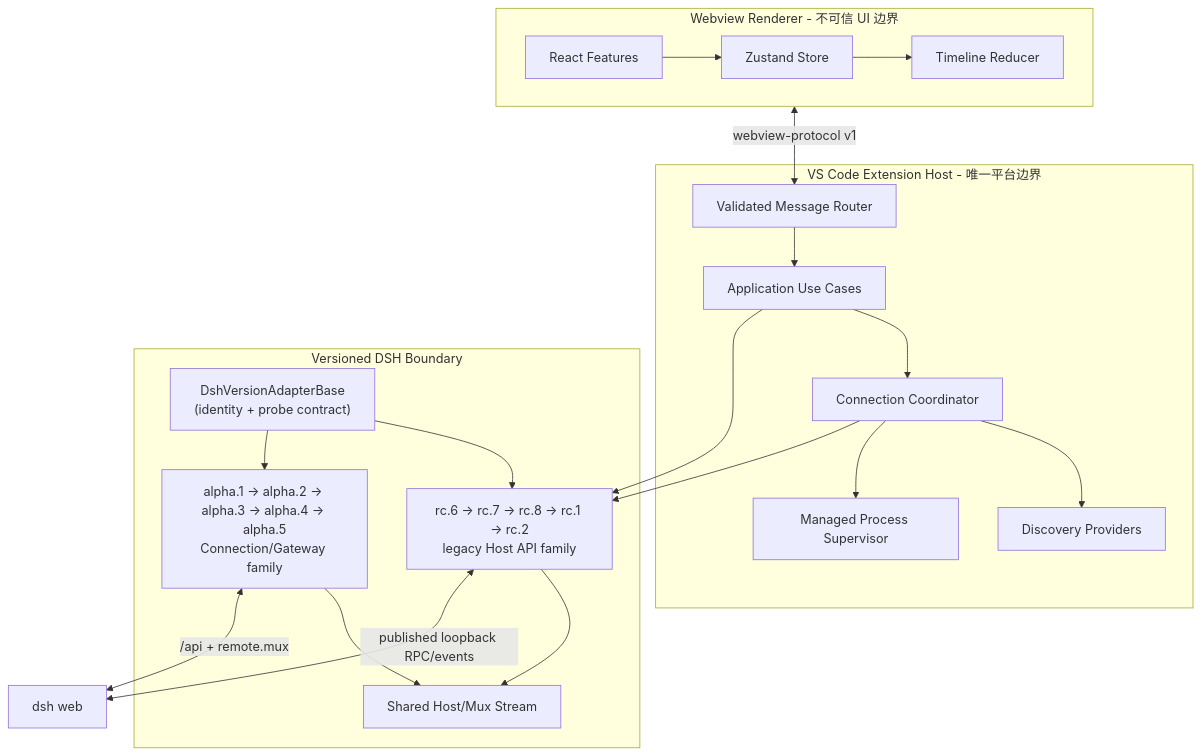
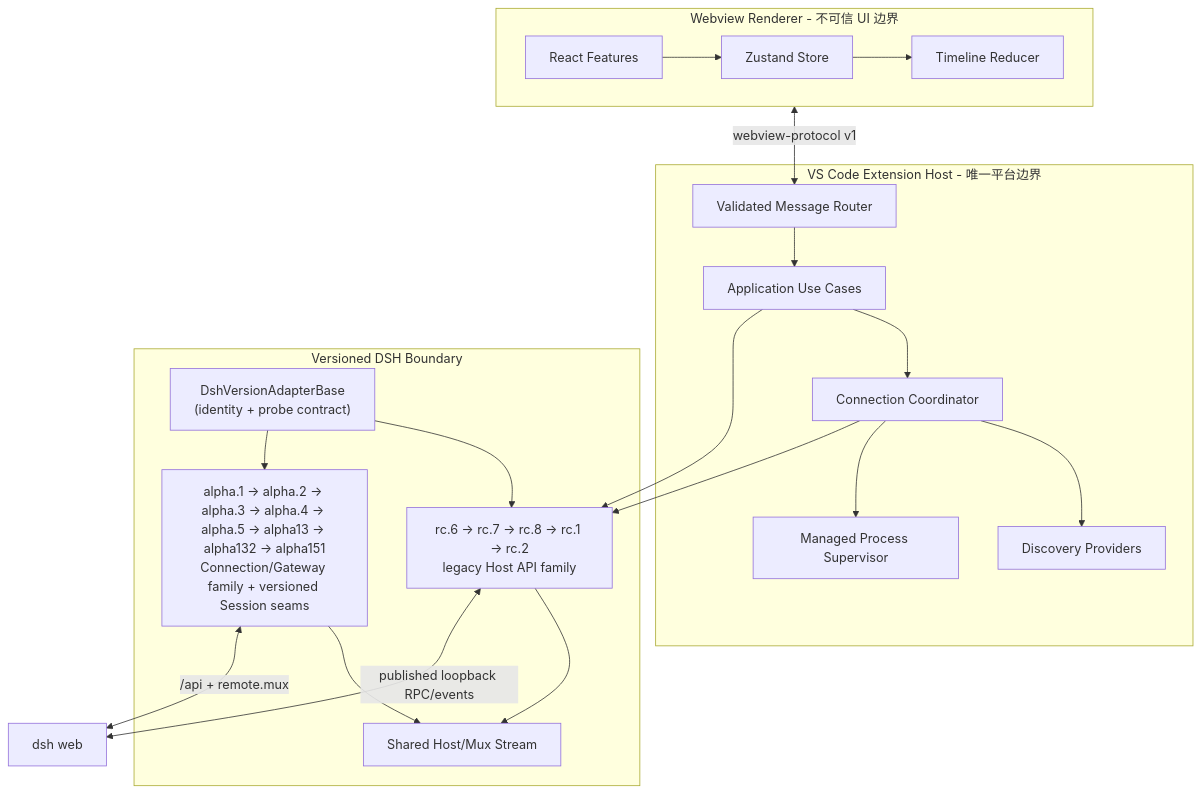
The first of 2 diagrams in docs/architecture.md (Jabofish/deepseek-harness-vscode), drawn with Mermaid before and after one commit. The commit also changed other lines of this file and 37 other files, not shown here.

````diff
--- a/docs/architecture.md
+++ b/docs/architecture.md
@@ -5,38 +5,38 @@
 ```mermaid
 flowchart TB
   subgraph Renderer["Webview Renderer - 不可信 UI 边界"]
     REACT["React Features"]
     STORE["Zustand Store"]
     TL["Timeline Reducer"]
     REACT --> STORE --> TL
   end
 
   subgraph Host["VS Code Extension Host - 唯一平台边界"]
     ROUTER["Validated Message Router"]
     UC["Application Use Cases"]
     CC["Connection Coordinator"]
     DISC["Discovery Providers"]
     SUP["Managed Process Supervisor"]
     ROUTER --> UC
     UC --> CC
     CC --> DISC
     CC --> SUP
   end
 
   subgraph Adapter["Versioned DSH Boundary"]
     BASE["DshVersionAdapterBase\n(identity + probe contract)"]
     RC6["rc.6 → rc.7 → rc.8 → rc.1 → rc.2\nlegacy Host API family"]
-    ALPHA["alpha.1 → alpha.2 → alpha.3 → alpha.4 → alpha.5\nConnection/Gateway family"]
+    ALPHA["alpha.1 → alpha.2 → alpha.3 → alpha.4 → alpha.5 → alpha13 → alpha132 → alpha151\nConnection/Gateway family + versioned Session seams"]
     STREAM["Shared Host/Mux Stream"]
     BASE --> RC6
     BASE --> ALPHA
     RC6 --> STREAM
     ALPHA --> STREAM
   end
 
   Renderer <-->|"webview-protocol v1"| ROUTER
   UC --> RC6
   CC --> RC6
   RC6 <-->|"published loopback RPC/events"| DSH["dsh web"]
   ALPHA <-->|"/api + remote.mux"| DSH
 ```
````
